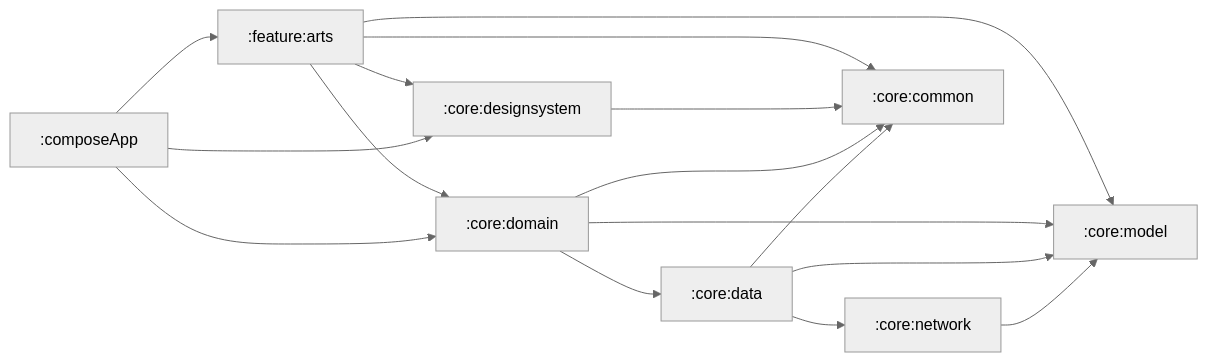
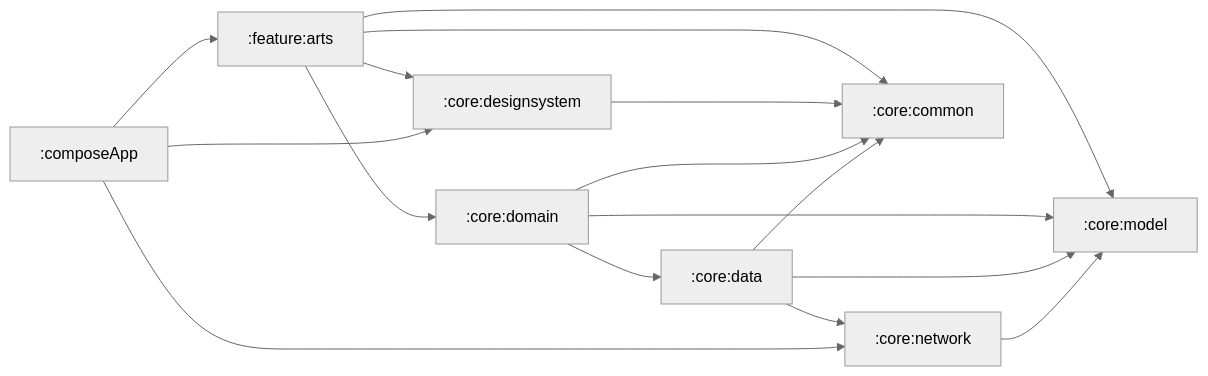
The diagram in README.md (fethij/Rijksmuseum), drawn with Mermaid before and after one commit.

Commit message:
u[date module graph

````diff
--- a/README.md
+++ b/README.md
@@ -63,24 +63,24 @@
 ```mermaid
 %%{
   init: {
     'theme': 'neutral'
   }
 }%%
 
 graph LR
-  :composeApp --> :core:domain
   :composeApp --> :core:designsystem
+  :composeApp --> :core:network
   :composeApp --> :feature:arts
   :core:network --> :core:model
   :core:data --> :core:common
   :core:data --> :core:model
   :core:data --> :core:network
   :core:domain --> :core:common
   :core:domain --> :core:model
   :core:domain --> :core:data
   :core:designsystem --> :core:common
   :feature:arts --> :core:common
   :feature:arts --> :core:model
   :feature:arts --> :core:domain
   :feature:arts --> :core:designsystem
 ```
````
